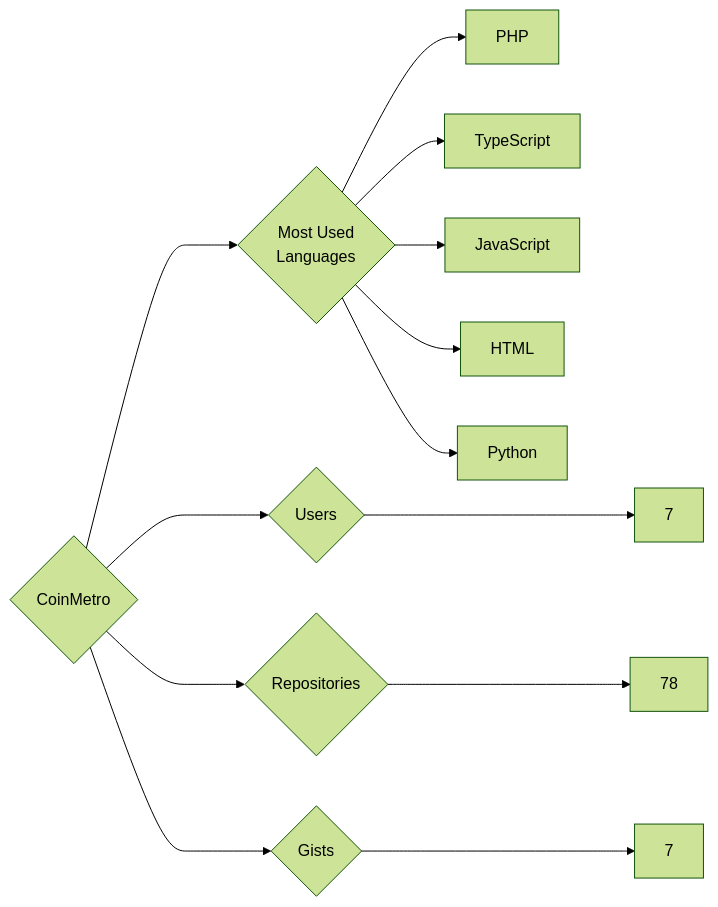
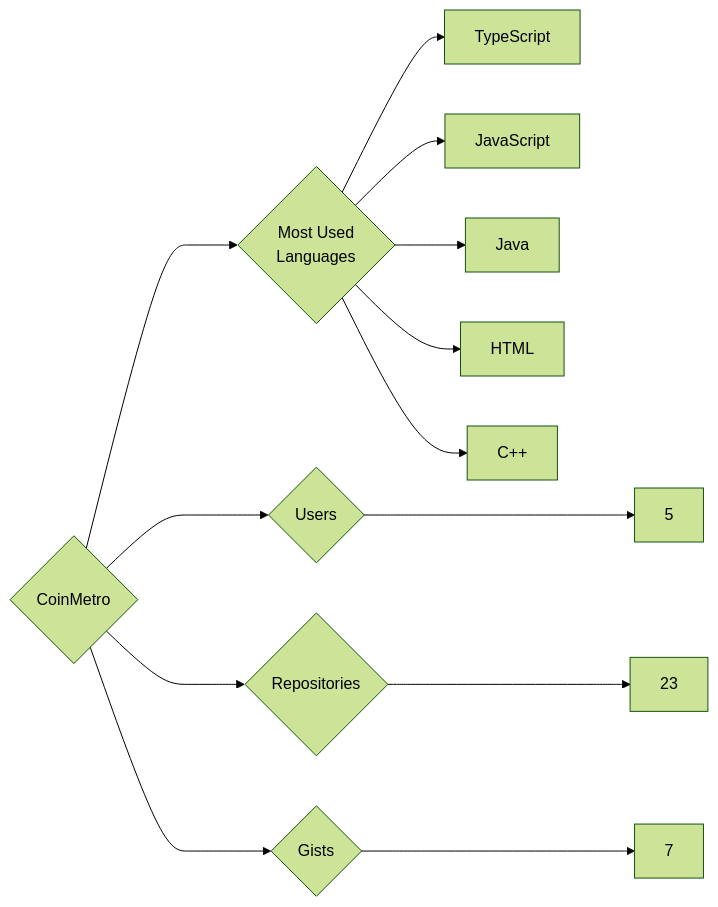
The diagram in targets/CoinMetro/README.md (trickest/insiders), drawn with Mermaid (forest theme) before and after one commit. The commit also changed 1084 other files, not shown here.

````diff
--- a/targets/CoinMetro/README.md
+++ b/targets/CoinMetro/README.md
@@ -3,13 +3,13 @@
 ```mermaid
 graph LR
 COMPANY_NAME{CoinMetro}
-COMPANY_NAME ---> U{Users} ---> UN[7]
-COMPANY_NAME ---> R{Repositories} ---> RN[78]
+COMPANY_NAME ---> U{Users} ---> UN[5]
+COMPANY_NAME ---> R{Repositories} ---> RN[23]
 COMPANY_NAME ---> G{Gists} ---> GN[7]
 COMPANY_NAME ---> ML{Most Used<br>Languages}
-ML --> PHP[PHP]
 ML --> TypeScript[TypeScript]
 ML --> JavaScript[JavaScript]
+ML --> Java[Java]
 ML --> HTML[HTML]
-ML --> Python[Python]
+ML --> C++[C++]
 ```
````
